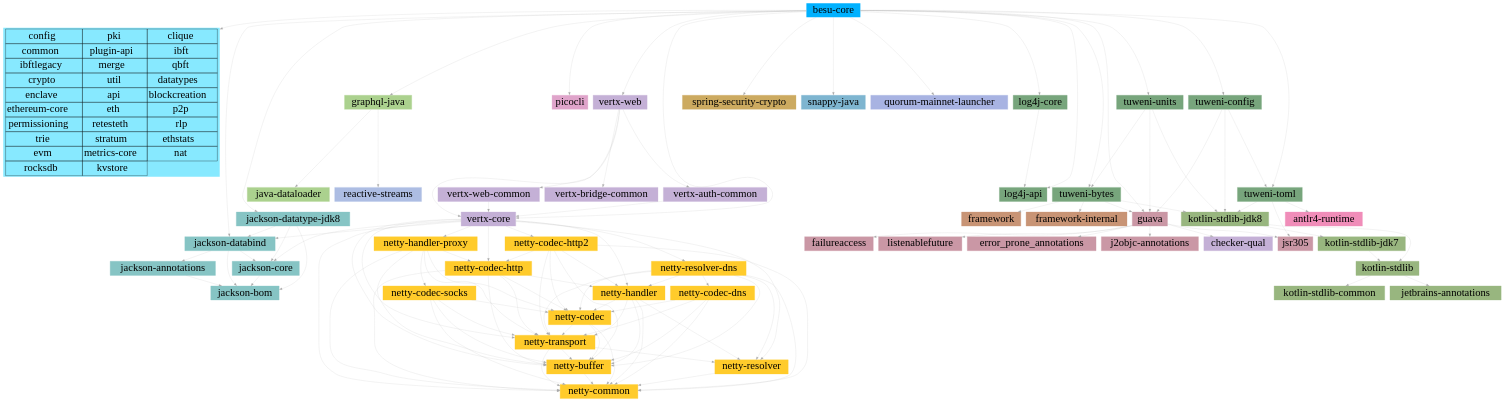
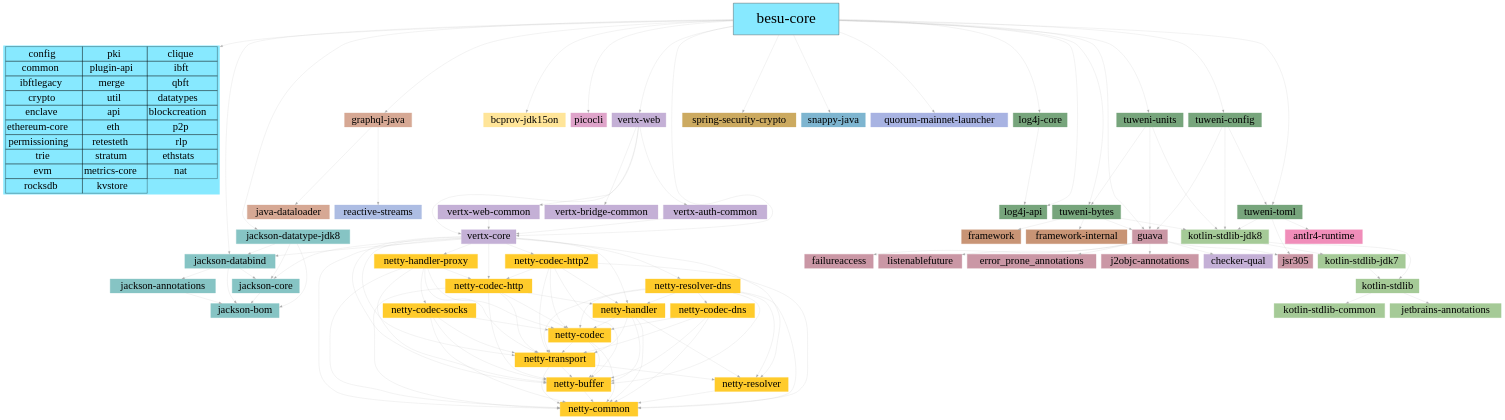
One commit to chains-project/ethereum-ssc changed the diagram in docs/clients/besu/dependency_graph_data/besu_core_v2.dot. Above: the diagram before and after it, drawn with Graphviz. The commit also changed 8 other files, not shown here.

```diff
--- a/docs/clients/besu/dependency_graph_data/besu_core_v2.dot
+++ b/docs/clients/besu/dependency_graph_data/besu_core_v2.dot
@@ -1,7 +1,7 @@
 # unflatten -l 2 -f besu-core.dot  > besu-core_unflatten.dot
 digraph "tree" {
 node ["fontname"="Linux Biolinum"]
-"besubesu" ["shape"="plaintext","color"="#00B1FF","style"="filled","label"="besu-core", fontsize="36"]
+besubesu	[width=5,height=1.5,fontsize=52,label="besu-core",shape=box,color=brack,fillcolor="#87E9FF",style=filled];
 
 internal [label=<
 <TABLE BORDER="0" CELLBORDER="1" CELLSPACING="0" CELLPADDING="4">
@@ -32,8 +32,12 @@
 "comfasterxmljacksoncorejacksoncore" ["style"="filled","label"="jackson-core","shape"="rectangle","color"="#86C4C4", fontsize="36"]
 "comfasterxmljacksondatatypejacksondatatypejdk8" ["shape"="rectangle","color"="#86C4C4","style"="filled","label"="jackson-datatype-jdk8", fontsize="36"]
 
-"comgraphqljavagraphqljava" ["shape"="rectangle","color"="#ABD18E","style"="filled","label"="graphql-java", fontsize="36"]
-"comgraphqljavajavadataloader" ["shape"="rectangle","color"="#ABD18E","style"="filled","label"="java-dataloader", fontsize="36"]
+"comgraphqljavagraphqljava" ["shape"="rectangle","color"="#d6a894","style"="filled","label"="graphql-java", fontsize="36"]
+"comgraphqljavajavadataloader" ["shape"="rectangle","color"="#d6a894","style"="filled","label"="java-dataloader", fontsize="36"]
+
+"orgbouncycastlebcprovjdk15on" ["shape"="rectangle","color"="#FFE599","style"="filled","label"="bcprov-jdk15on", fontsize="36"]
+
+
 
 "orgreactivestreamsreactivestreams" ["shape"="rectangle","color"="#ADBDE3","style"="filled","label"="reactive-streams", fontsize="36"]
 
@@ -85,12 +89,11 @@
 "orgconnidframework" ["shape"="rectangle","color"="#C89475","style"="filled","label"="framework", fontsize="36"]
 "orgconnidframeworkinternal" ["shape"="rectangle","color"="#C89475","style"="filled","label"="framework-internal", fontsize="36"]
 
-"orgjetbrainskotlinkotlinstdlibjdk8" ["style"="filled","label"="kotlin-stdlib-jdk8","shape"="rectangle","color"="#98B67F", fontsize="36"]
-"orgjetbrainskotlinkotlinstdlibjdk7" ["shape"="rectangle","color"="#98B67F","style"="filled","label"="kotlin-stdlib-jdk7", fontsize="36"]
-"orgjetbrainskotlinkotlinstdlib" ["style"="filled","label"="kotlin-stdlib","shape"="rectangle","color"="#98B67F", fontsize="36"]
-"orgjetbrainskotlinkotlinstdlibcommon" ["shape"="rectangle","color"="#98B67F","style"="filled","label"="kotlin-stdlib-common", fontsize="36"]
-"orgjetbrainsannotations" ["shape"="rectangle","color"="#98B67F","style"="filled","label"="jetbrains-annotations", fontsize="36"]
-
+"orgjetbrainskotlinkotlinstdlibjdk8" ["style"="filled","label"="kotlin-stdlib-jdk8","shape"="rectangle","color"="#a5ca97", fontsize="36"]
+"orgjetbrainskotlinkotlinstdlibjdk7" ["shape"="rectangle","color"="#a5ca97","style"="filled","label"="kotlin-stdlib-jdk7", fontsize="36"]
+"orgjetbrainskotlinkotlinstdlib" ["style"="filled","label"="kotlin-stdlib","shape"="rectangle","color"="#a5ca97", fontsize="36"]
+"orgjetbrainskotlinkotlinstdlibcommon" ["shape"="rectangle","color"="#a5ca97","style"="filled","label"="kotlin-stdlib-common", fontsize="36"]
+"orgjetbrainsannotations" ["shape"="rectangle","color"="#a5ca97","style"="filled","label"="jetbrains-annotations", fontsize="36"]
 
 {
 graph ["rank"="same"]
@@ -204,6 +207,7 @@
 "iovertxvertxweb" -> "iovertxvertxbridgecommon" [color=darkgray, penwidth="0.5"]
 "iovertxvertxwebcommon" -> "iovertxvertxcore" [color=darkgray, penwidth="0.5"]
 "iovertxvertxauthcommon" -> "iovertxvertxcore" [color=darkgray, penwidth="0.5"]
+"besubesu" -> "orgbouncycastlebcprovjdk15on" [color=darkgray, penwidth="0.5"]
 "orgapachelogginglog4jlog4jcore" -> "orgapachelogginglog4jlog4japi" [color=darkgray, penwidth="0.5"]
 "orgapachetuwenituweniconfig" -> "comgoogleguavaguava" [color=darkgray, penwidth="0.5"]
 "orgapachetuwenituweniconfig" -> "orgapachetuwenituwenitoml" [color=darkgray, penwidth="0.5"]
```
